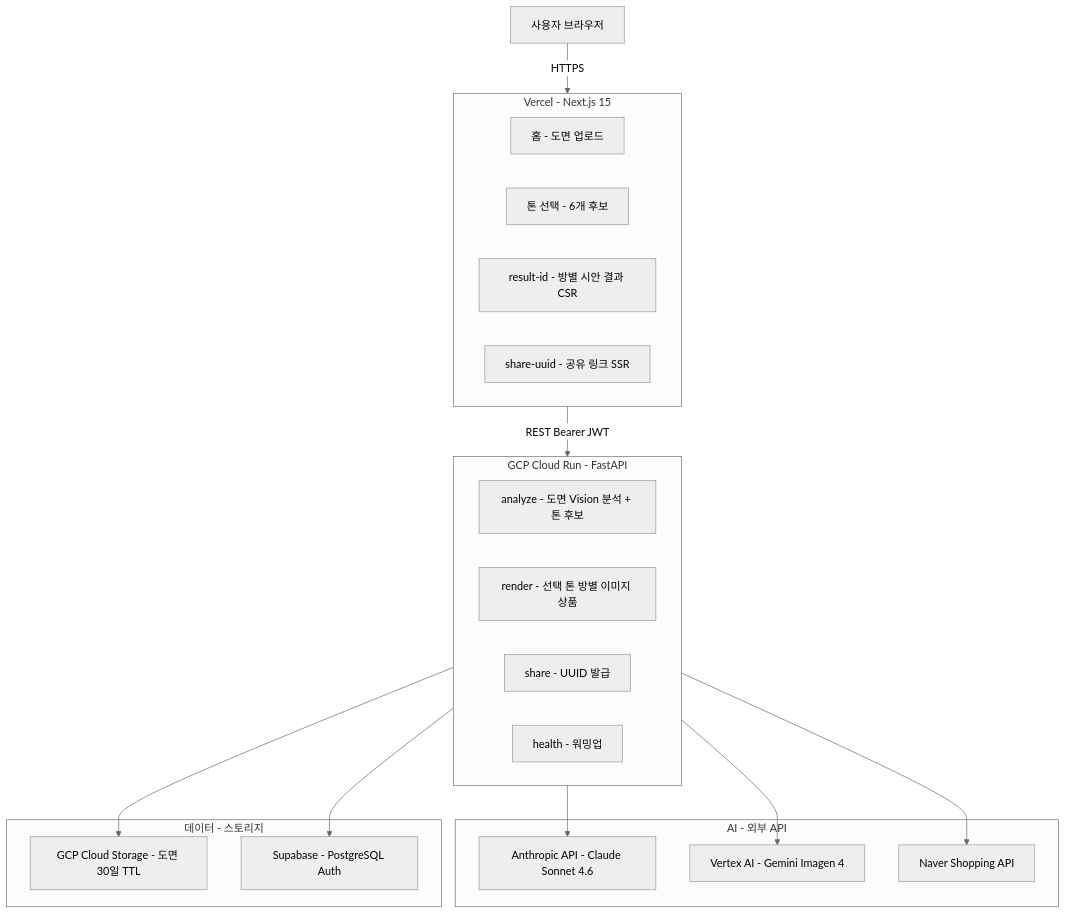
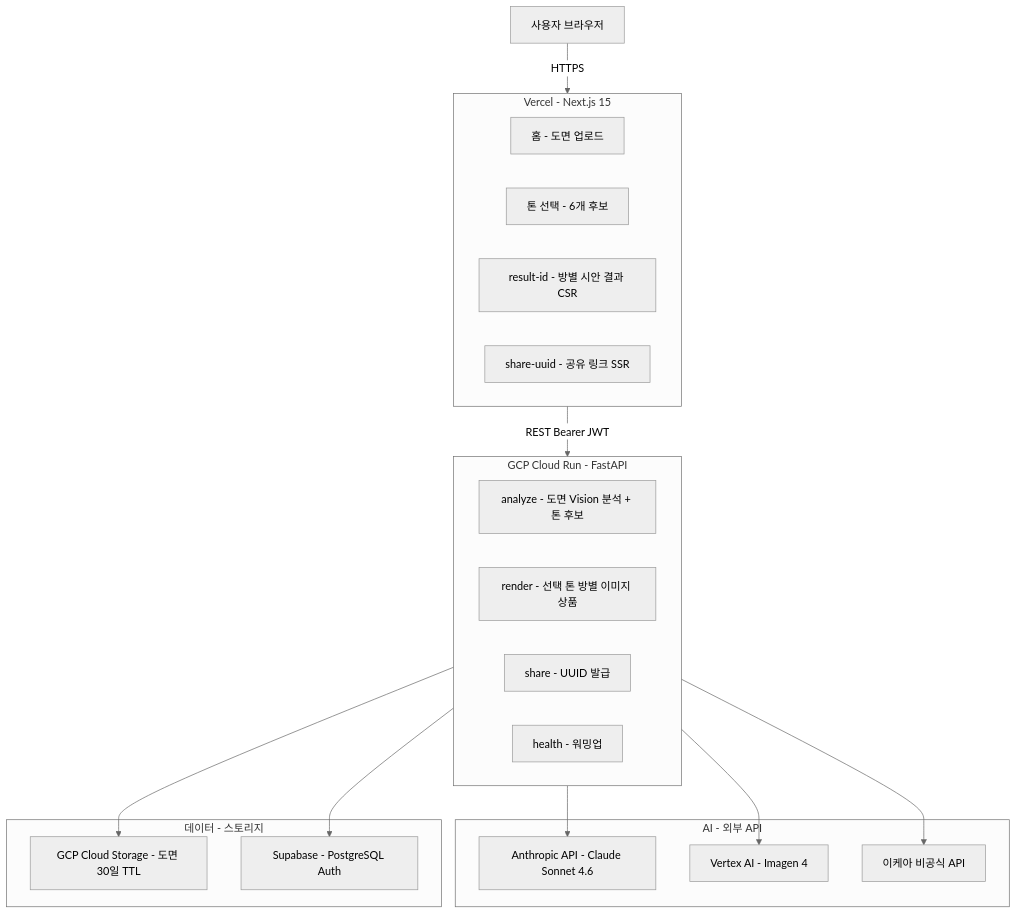
The first of 3 diagrams in docs/시스템_아키텍처.md (Jake-seongsoo/2026_KDT_Interior), drawn with Mermaid (neutral theme) before and after one commit. The commit also changed other lines of this file and 5 other files, not shown here.

````diff
--- a/docs/시스템_아키텍처.md
+++ b/docs/시스템_아키텍처.md
@@ -13,37 +13,37 @@
 ```mermaid
 graph TD
   Browser[사용자 브라우저]
 
   subgraph Vercel[Vercel - Next.js 15]
     Home[홈 - 도면 업로드]
     ToneSelect[톤 선택 - 6개 후보]
     Result[result-id - 방별 시안 결과 CSR]
     Share[share-uuid - 공유 링크 SSR]
   end
 
   subgraph CloudRun[GCP Cloud Run - FastAPI]
     Analyze[analyze - 도면 Vision 분석 + 톤 후보]
     Render[render - 선택 톤 방별 이미지 상품]
     ShareAPI[share - UUID 발급]
     Health[health - 워밍업]
   end
 
   subgraph ExternalAI[AI - 외부 API]
     Claude[Anthropic API - Claude Sonnet 4.6]
-    Imagen[Vertex AI - Gemini Imagen 4]
-    Naver[Naver Shopping API]
+    Imagen[Vertex AI - Imagen 4]
+    Ikea[이케아 비공식 API]
   end
 
   subgraph DataStore[데이터 - 스토리지]
     GCS[GCP Cloud Storage - 도면 30일 TTL]
     Supabase[Supabase - PostgreSQL Auth]
   end
 
   Browser -->|HTTPS| Vercel
   Vercel -->|REST Bearer JWT| CloudRun
   CloudRun --> Claude
   CloudRun --> Imagen
-  CloudRun --> Naver
+  CloudRun --> Ikea
   CloudRun --> GCS
   CloudRun --> Supabase
 ```
````
